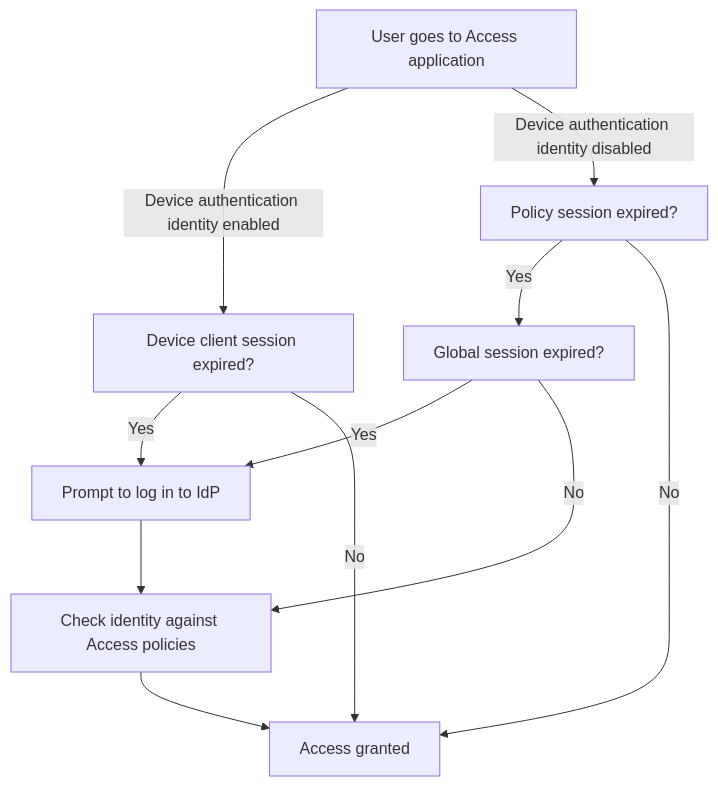
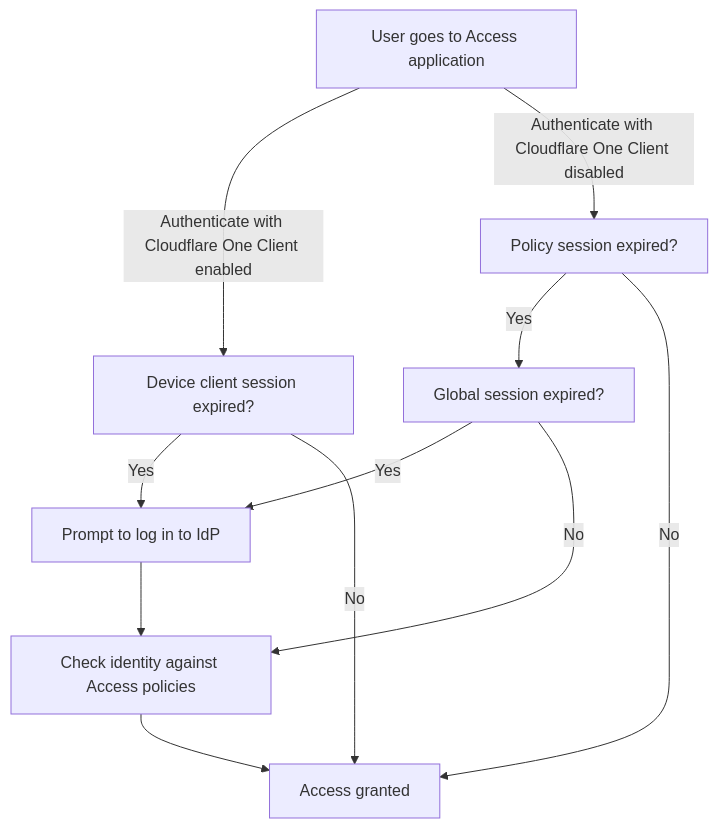
One commit to rdhanarot/cloudflare-docs changed the diagram in src/content/docs/cloudflare-one/access-controls/access-settings/session-management.mdx. Above: the diagram before and after it, drawn with Mermaid. The commit also changed other lines of this file and 65 other files, not shown here.

````diff
--- a/src/content/docs/cloudflare-one/access-controls/access-settings/session-management.mdx
+++ b/src/content/docs/cloudflare-one/access-controls/access-settings/session-management.mdx
@@ -109,24 +109,24 @@
 ```mermaid
 flowchart TB
     %% Accessibility
     accTitle: Access session durations
     accDescr: Flowchart describing the order of enforcement for Access sessions
 
     %% In with user traffic
     start["User goes to Access application"]
-    start--"Device authentication identity enabled" -->warpsession[Device client session expired?]
-    start-- "Device authentication identity disabled" --> policysession[Policy session expired?]
+    start--"Authenticate with Cloudflare One Client enabled" -->warpsession[Device client session expired?]
+    start-- "Authenticate with Cloudflare One Client disabled" --> policysession[Policy session expired?]
 
 		warpsession--"Yes"-->idp[Prompt to log in to IdP]
 		warpsession--"No"-->accessgranted[Access granted]
 
 		policysession--"Yes"-->globalsession[Global session expired?]
 		policysession--"No"-->accessgranted
 
 		globalsession--"Yes"-->idp
 		globalsession--"No"-->refreshtoken[Check identity against Access policies]
 		refreshtoken-->accessgranted
 		idp-->refreshtoken
 
 
 ```
````
